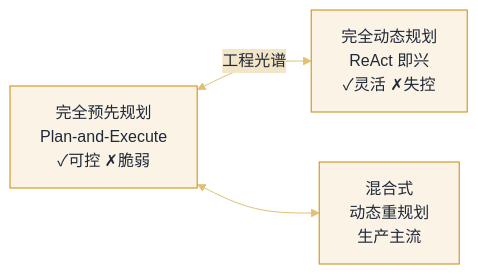
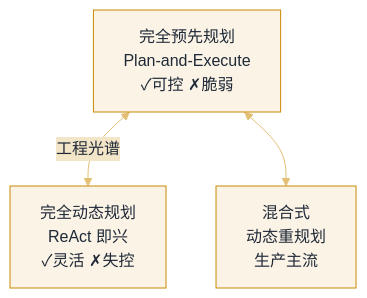
Before and after one commit to funny8kids/ai-agent-handbook: the diagram in docs/07-planning/README.md, drawn with Mermaid. The commit also changed 49 other files, not shown here.

First line of the commit message:
Round 109: 手机最险的那批 Mermaid 图开始重排——只改方向关键字，一张图的文字都没动

````diff
--- a/docs/07-planning/README.md
+++ b/docs/07-planning/README.md
@@ -27,6 +27,6 @@
 ```mermaid
 %%{init: {"theme":"base","themeVariables":{"primaryColor":"#FAF3E6","primaryBorderColor":"#CA8A04","primaryTextColor":"#1F2937","secondaryColor":"#F3E5C8","tertiaryColor":"#FDFAF5","lineColor":"#E2BF75","actorBkg":"#FBF6EB","actorBorder":"#CA8A04","actorTextColor":"#1F2937","signalColor":"#DAAD4F","noteBkgColor":"#F5EAD2","noteBorderColor":"#CA8A04","noteTextColor":"#1F2937","labelBoxBkgColor":"#FAF3E6","labelBoxBorderColor":"#CA8A04"}}}%%
-flowchart LR
+flowchart TB
   A["完全预先规划<br/>Plan-and-Execute<br/>✓可控 ✗脆弱"] <-->|"工程光谱"| B["完全动态规划<br/>ReAct 即兴<br/>✓灵活 ✗失控"]
   A <--> C["混合式<br/>动态重规划<br/>生产主流"]
 ```
````
